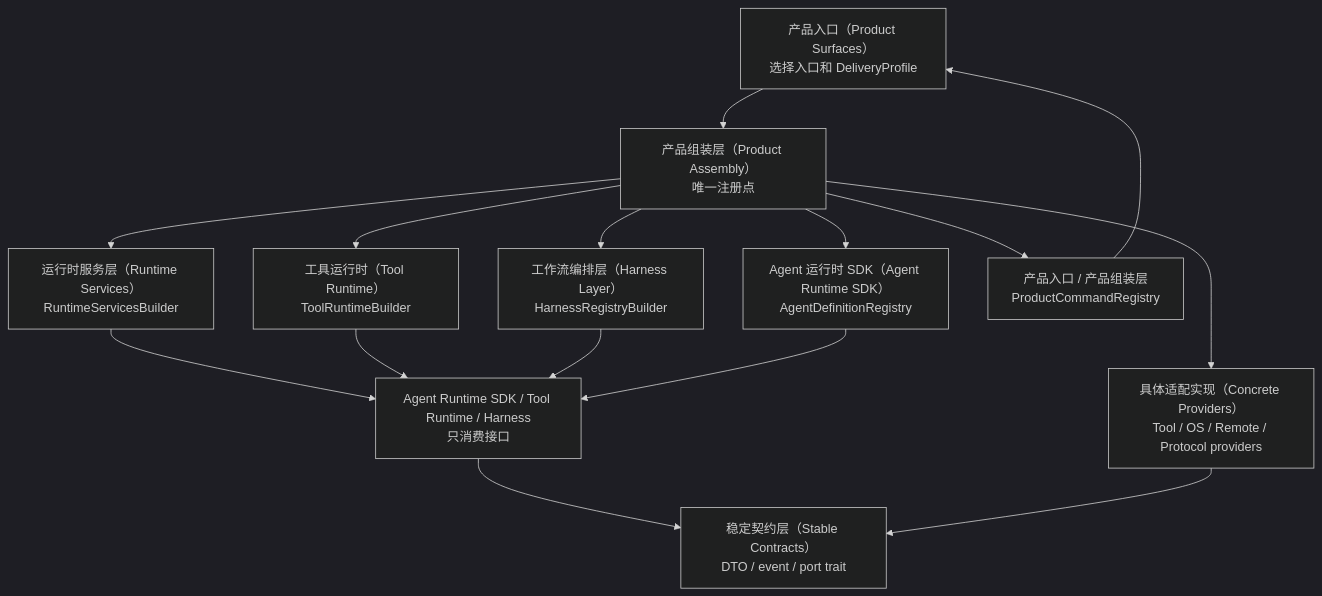
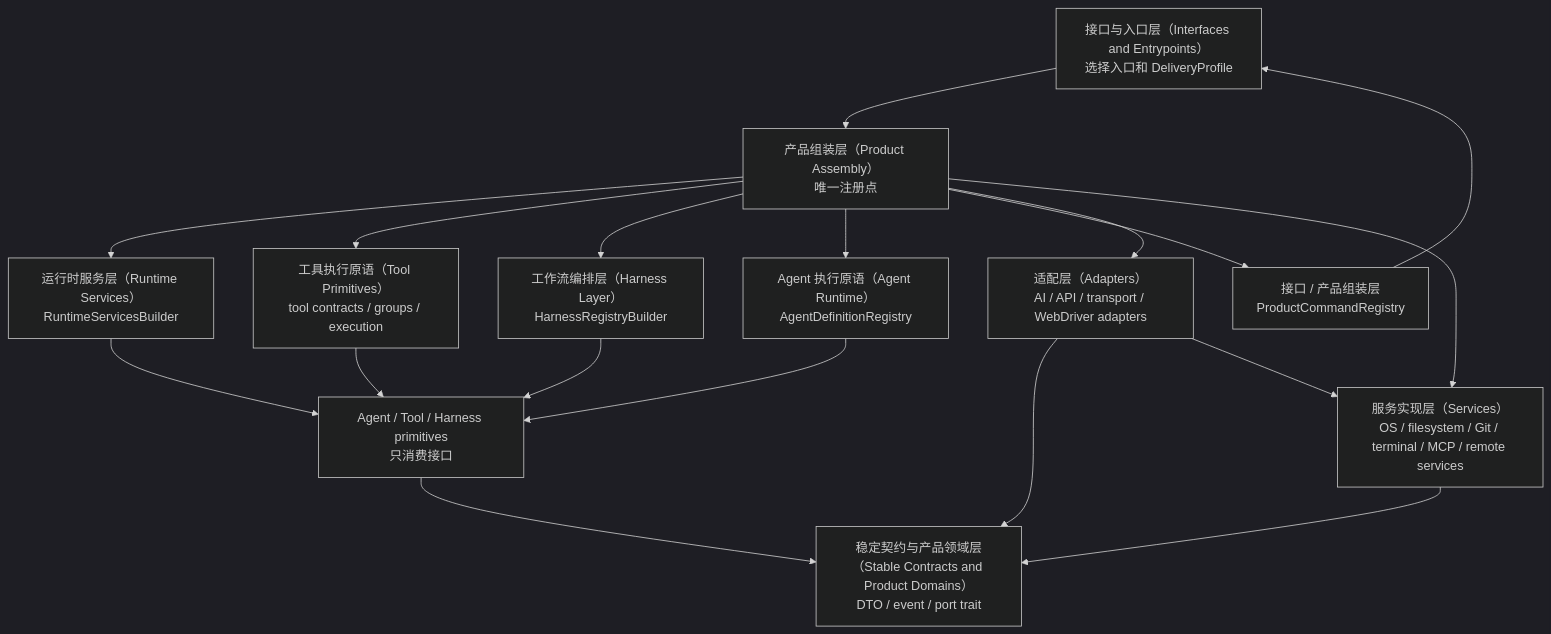
One commit to 1688mengdie/BitFun changed the third of 3 diagrams in docs/architecture/core-decomposition.md. Above: the diagram before and after it, drawn with Mermaid (dark theme). The commit also changed other lines of this file and 1131 other files, not shown here.

````diff
--- a/docs/architecture/core-decomposition.md
+++ b/docs/architecture/core-decomposition.md
@@ -308,28 +258,32 @@
 ```mermaid
 flowchart TB
-  Surface["产品入口（Product Surfaces）<br/>选择入口和 DeliveryProfile"]
+  Interface["接口与入口层（Interfaces and Entrypoints）<br/>选择入口和 DeliveryProfile"]
   Assembly["产品组装层（Product Assembly）<br/>唯一注册点"]
   ServiceBuilder["运行时服务层（Runtime Services）<br/>RuntimeServicesBuilder"]
-  ToolBuilder["工具运行时（Tool Runtime）<br/>ToolRuntimeBuilder"]
+  ToolBuilder["工具执行原语（Tool Primitives）<br/>tool contracts / groups / execution"]
   HarnessBuilder["工作流编排层（Harness Layer）<br/>HarnessRegistryBuilder"]
-  AgentRegistry["Agent 运行时 SDK（Agent Runtime SDK）<br/>AgentDefinitionRegistry"]
-  CommandRegistry["产品入口 / 产品组装层<br/>ProductCommandRegistry"]
-  Runtime["Agent Runtime SDK / Tool Runtime / Harness<br/>只消费接口"]
-  Impl["具体适配实现（Concrete Providers）<br/>Tool / OS / Remote / Protocol providers"]
-  Contracts["稳定契约层（Stable Contracts）<br/>DTO / event / port trait"]
+  AgentRegistry["Agent 执行原语（Agent Runtime）<br/>AgentDefinitionRegistry"]
+  CommandRegistry["接口 / 产品组装层<br/>ProductCommandRegistry"]
+  Runtime["Agent / Tool / Harness primitives<br/>只消费接口"]
+  Adapters["适配层（Adapters）<br/>AI / API / transport / WebDriver adapters"]
+  Services["服务实现层（Services）<br/>OS / filesystem / Git / terminal / MCP / remote services"]
+  Contracts["稳定契约与产品领域层（Stable Contracts and Product Domains）<br/>DTO / event / port trait"]
 
-  Surface --> Assembly
+  Interface --> Assembly
   Assembly --> ServiceBuilder
   Assembly --> ToolBuilder
   Assembly --> HarnessBuilder
   Assembly --> AgentRegistry
   Assembly --> CommandRegistry
-  Assembly --> Impl
+  Assembly --> Adapters
+  Assembly --> Services
   ServiceBuilder --> Runtime
   ToolBuilder --> Runtime
   HarnessBuilder --> Runtime
   AgentRegistry --> Runtime
-  CommandRegistry --> Surface
+  CommandRegistry --> Interface
   Runtime --> Contracts
-  Impl --> Contracts
+  Adapters --> Contracts
+  Services --> Contracts
+  Adapters --> Services
 ```
````
